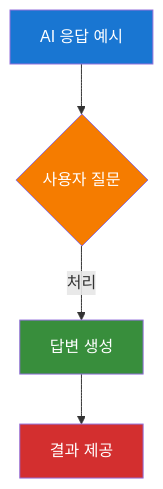
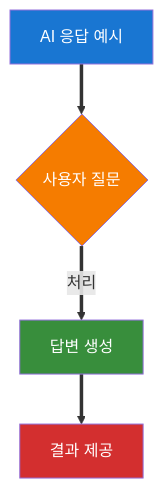
Before and after one commit to jungfrau70/mcp_cloud: the first of 8 diagrams in .cursor/rules/ai-mermaid-response.mdc, drawn with Mermaid. The commit also changed other lines of this file and 6 other files, not shown here.

````diff
--- a/.cursor/rules/ai-mermaid-response.mdc
+++ b/.cursor/rules/ai-mermaid-response.mdc
@@ -18,11 +18,11 @@
 ```mermaid
 flowchart TD
-    A["AI 응답 예시"] --> B{"사용자 질문"}
-    B -->|"처리"| C["답변 생성"]
-    C --> D["결과 제공"]
+    A["AI 응답 예시"] ==> B{"사용자 질문"}
+    B ==>|"처리"| C["답변 생성"]
+    C ==> D["결과 제공"]
     
     style A fill:#1976d2,color:#ffffff
     style B fill:#f57c00,color:#ffffff
     style C fill:#388e3c,color:#ffffff
     style D fill:#d32f2f,color:#ffffff
 ```
````
